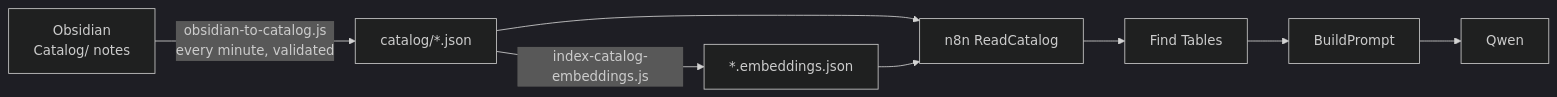
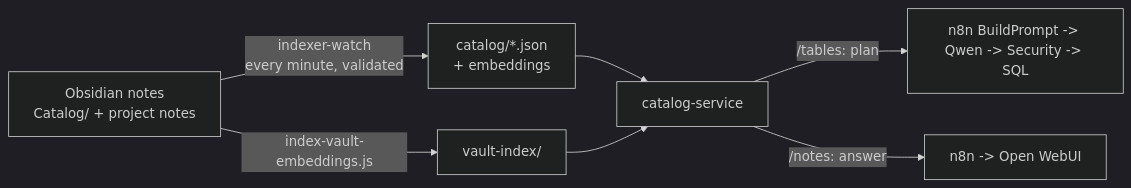
Before and after one commit to FarzanehGhasri/Text2SQL: the second of 2 diagrams in obsidian/Architecture.md, drawn with Mermaid (dark theme). The commit also changed other lines of this file and 43 other files, not shown here.

````diff
--- a/obsidian/Architecture.md
+++ b/obsidian/Architecture.md
@@ -42,7 +43,9 @@
 ```mermaid
 flowchart LR
-  O[Obsidian<br/>Catalog/ notes] -->|obsidian-to-catalog.js<br/>every minute, validated| J[catalog/*.json]
-  J -->|index-catalog-embeddings.js| E[*.embeddings.json]
-  J --> RC[n8n ReadCatalog] --> FT[Find Tables] --> BP[BuildPrompt] --> Q[Qwen]
-  E --> RC
+  O[Obsidian notes<br/>Catalog/ + project notes] -->|indexer-watch<br/>every minute, validated| J[catalog/*.json<br/>+ embeddings]
+  O -->|index-vault-embeddings.js| V[vault-index/]
+  J --> CS[catalog-service]
+  V --> CS
+  CS -->|/tables: plan| N8N[n8n BuildPrompt -> Qwen -> Security -> SQL]
+  CS -->|/notes: answer| N8N2[n8n -> Open WebUI]
 ```
````
